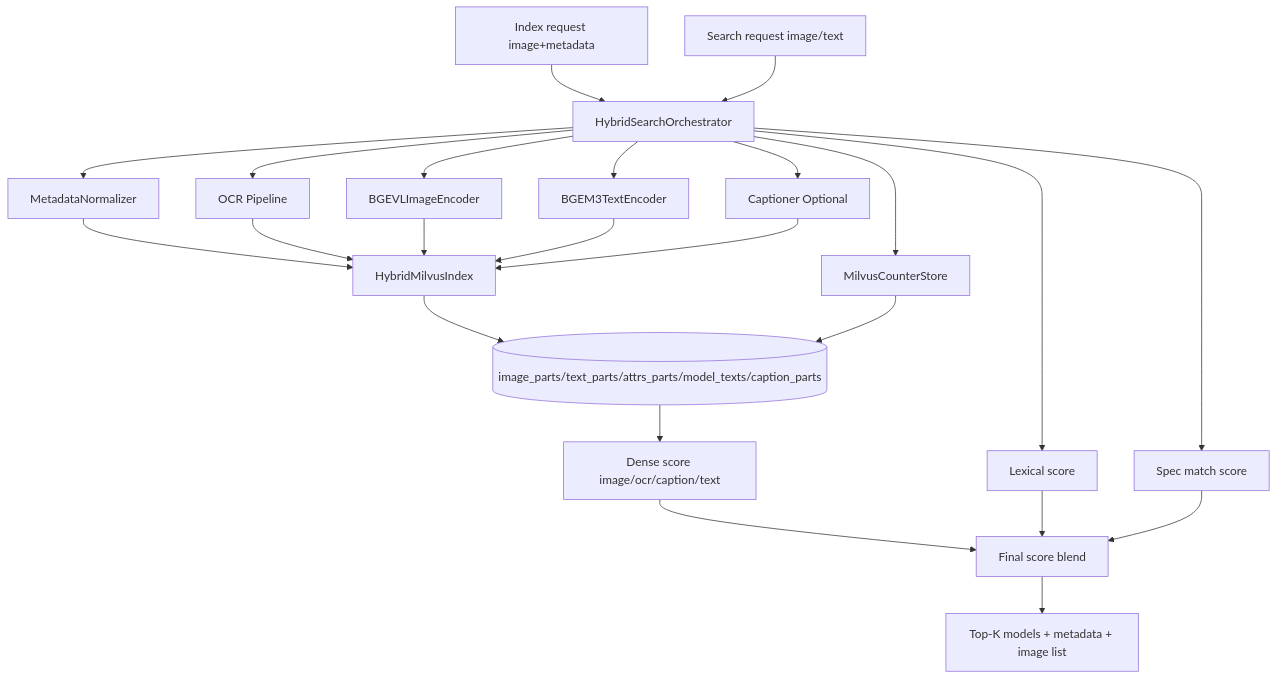
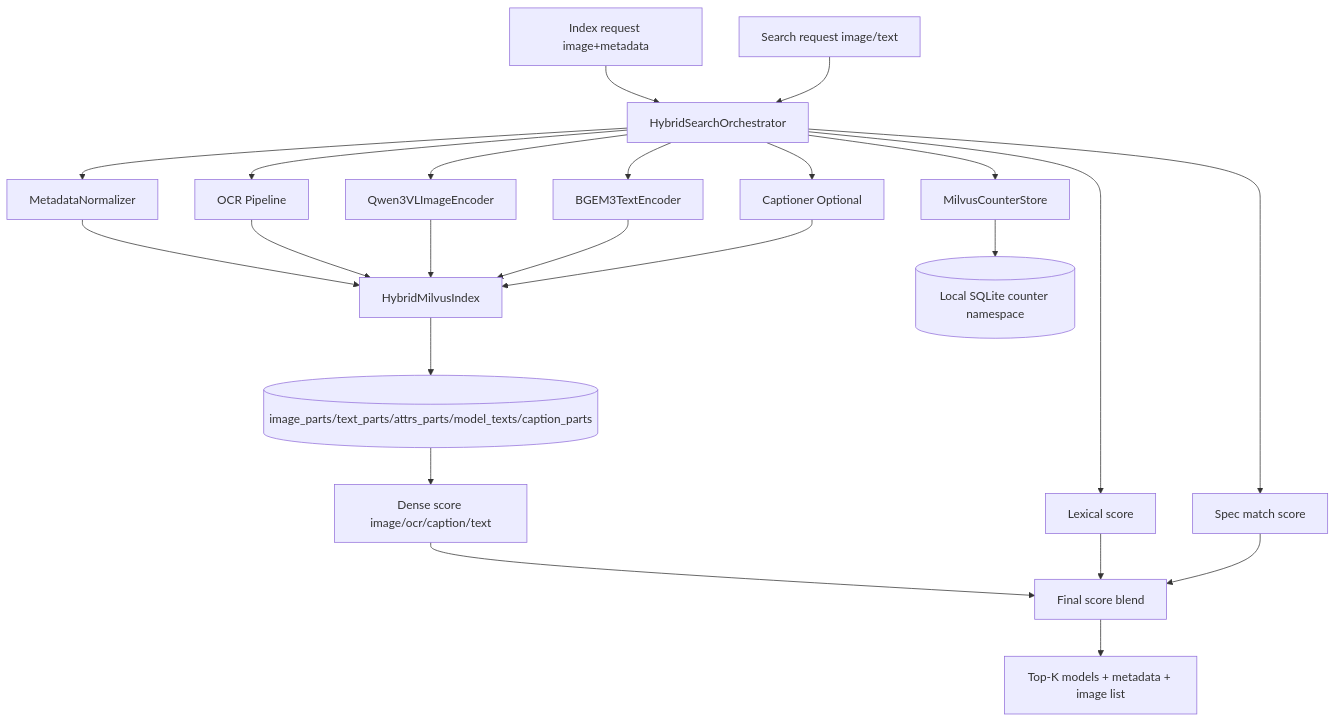
Before and after one commit to hshlalla/Smart_vision: the third of 4 diagrams in docs/architecture/ARCHITECTURE_MERMAID.md, drawn with Mermaid. The commit also changed other lines of this file and 30 other files, not shown here.

````diff
--- a/docs/architecture/ARCHITECTURE_MERMAID.md
+++ b/docs/architecture/ARCHITECTURE_MERMAID.md
@@ -71,30 +75,30 @@
 ```mermaid
 flowchart TD
   INI[Index request image+metadata] --> ORCH[HybridSearchOrchestrator]
   INS[Search request image/text] --> ORCH
 
   ORCH --> NORM[MetadataNormalizer]
   ORCH --> OCR[OCR Pipeline]
-  ORCH --> IMG[BGEVLImageEncoder]
+  ORCH --> IMG[Qwen3VLImageEncoder]
   ORCH --> TXT[BGEM3TextEncoder]
   ORCH --> CAP[Captioner Optional]
 
   NORM --> IDX[HybridMilvusIndex]
   OCR --> IDX
   IMG --> IDX
   TXT --> IDX
   CAP --> IDX
 
   IDX --> COL[(image_parts/text_parts/attrs_parts/model_texts/caption_parts)]
   ORCH --> CNT[MilvusCounterStore]
-  CNT --> COL
+  CNT --> SQL[(Local SQLite counter namespace)]
 
   COL --> SCORE[Dense score image/ocr/caption/text]
   ORCH --> LEX[Lexical score]
   ORCH --> SPEC[Spec match score]
 
   SCORE --> FINAL[Final score blend]
   LEX --> FINAL
   SPEC --> FINAL
   FINAL --> OUT[Top-K models + metadata + image list]
 ```
````
